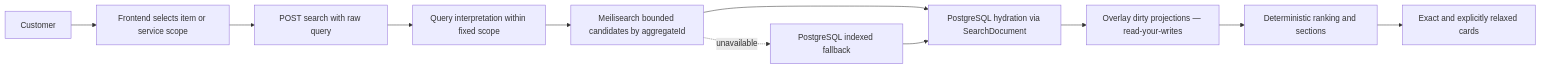
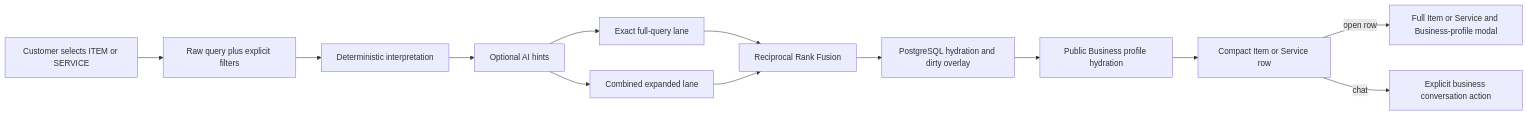
Before and after one commit to Siirio/AskBackend: the second of 2 diagrams in AI_Knowledge/features/search/flow.md, drawn with Mermaid. The commit also changed other lines of this file and 63 other files, not shown here.

````diff
--- a/AI_Knowledge/features/search/flow.md
+++ b/AI_Knowledge/features/search/flow.md
@@ -21,13 +20,15 @@
 ```mermaid
 flowchart LR
-    U[Customer] --> F[Frontend selects item or service scope]
-    F --> Q[POST search with raw query]
-    Q --> I[Query interpretation within fixed scope]
-    I --> M[Meilisearch bounded candidates by aggregateId]
-    M --> H[PostgreSQL hydration via SearchDocument]
-    H --> O[Overlay dirty projections — read-your-writes]
-    O --> R[Deterministic ranking and sections]
-    R --> C[Exact and explicitly relaxed cards]
-    M -. unavailable .-> P[PostgreSQL indexed fallback]
-    P --> H
+    U[Customer selects ITEM or SERVICE] --> Q[Raw query plus explicit filters]
+    Q --> D[Deterministic interpretation]
+    D --> A[Optional AI hints]
+    A --> E[Exact full-query lane]
+    A --> X[Combined expanded lane]
+    E --> R[Reciprocal Rank Fusion]
+    X --> R
+    R --> H[PostgreSQL hydration and dirty overlay]
+    H --> B[Public Business profile hydration]
+    B --> C[Compact Item or Service row]
+    C -->|open row| M[Full Item or Service and Business-profile modal]
+    C -->|chat| T[Explicit business conversation action]
 ```
````
